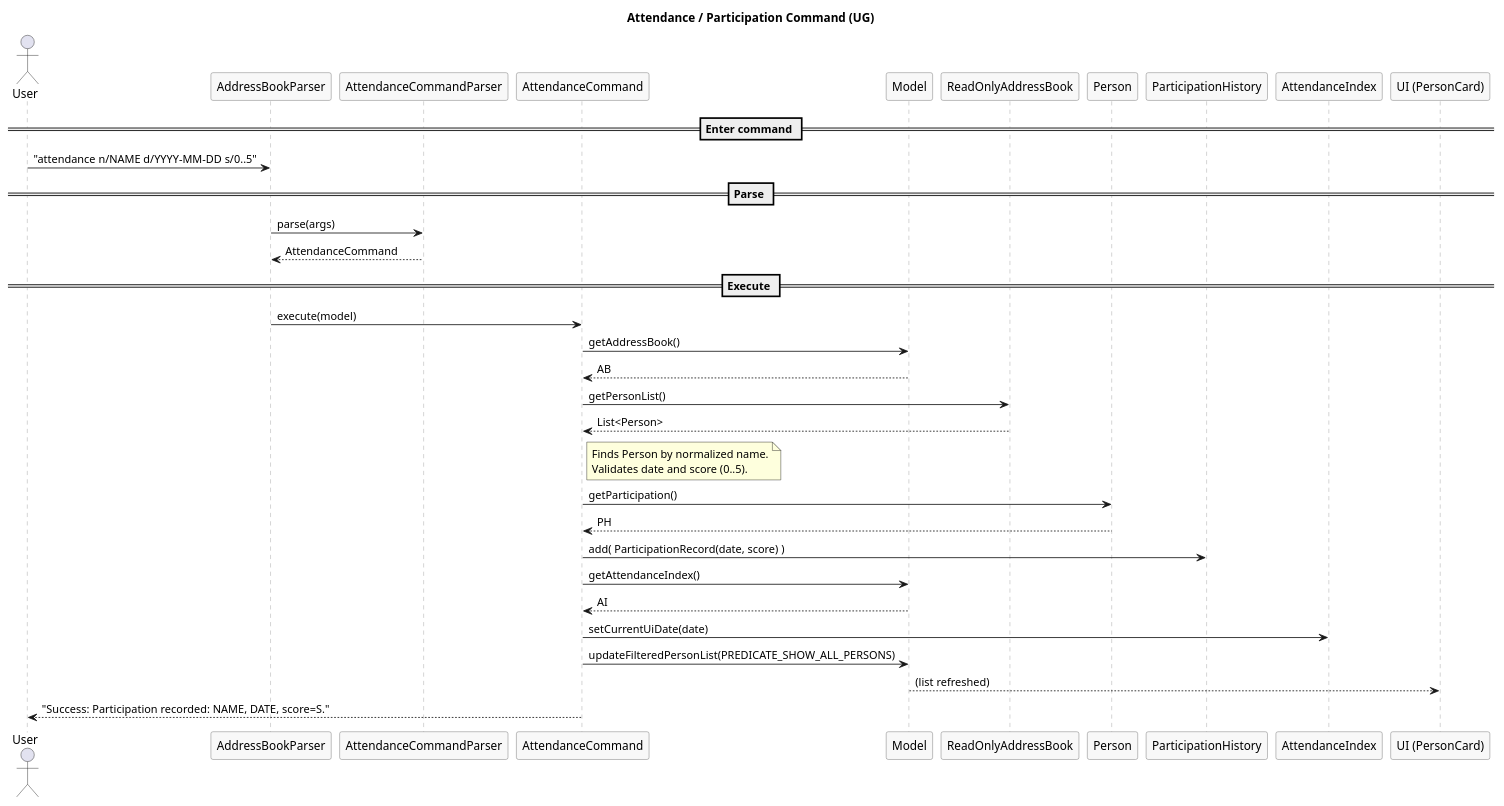
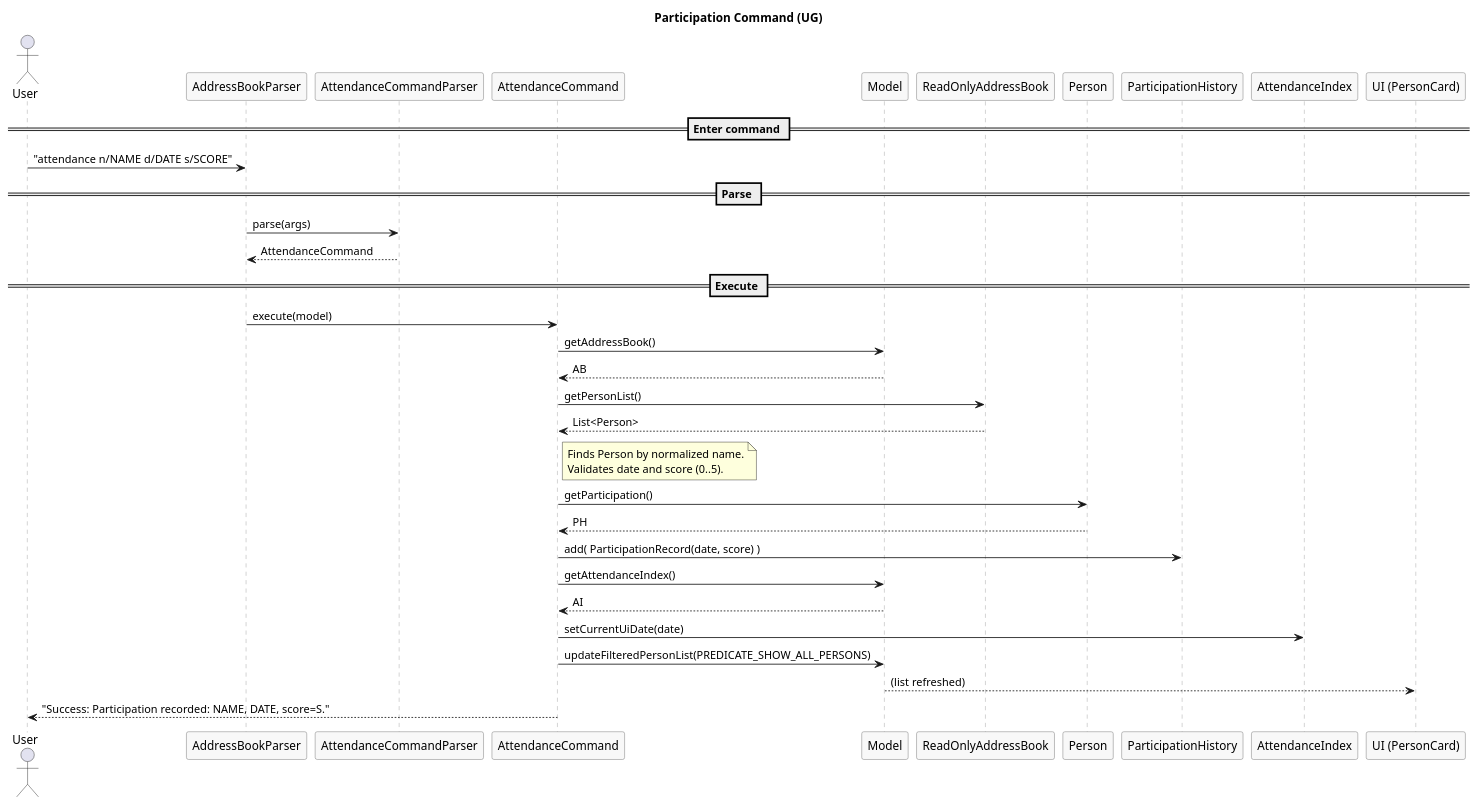
One commit to AY2526S1-CS2103T-F12-2/tp changed the diagram in diagrams/AttendanceCommand.puml. Above: the diagram before and after it, drawn with PlantUML. The commit also changed 32 other files, not shown here.

```diff
--- a/diagrams/AttendanceCommand.puml
+++ b/diagrams/AttendanceCommand.puml
@@ -1,56 +1,56 @@
 @startuml
-title Attendance / Participation Command (UG)
+title Participation Command (UG)
 
 skinparam sequence {
   ArrowThickness 1
   LifeLineBorderColor #999999
   ParticipantBorderColor #666666
   ParticipantBackgroundColor #f8f8f8
   BoxBorderColor #bbbbbb
 }
 
 actor User
 participant "AddressBookParser" as ABP
 participant "AttendanceCommandParser" as ACP
 participant "AttendanceCommand" as AC
 participant "Model" as M
 participant "ReadOnlyAddressBook" as AB
 participant "Person" as P
 participant "ParticipationHistory" as PH
 participant "AttendanceIndex" as AI
 participant "UI (PersonCard)" as UI
 
 == Enter command ==
-User -> ABP : "attendance n/NAME d/YYYY-MM-DD s/0..5"
+User -> ABP : "attendance n/NAME d/DATE s/SCORE"
 
 == Parse ==
 ABP -> ACP : parse(args)
 ACP --> ABP : AttendanceCommand
 
 == Execute ==
 ABP -> AC : execute(model)
 
 AC -> M : getAddressBook()
 M --> AC : AB
 AC -> AB : getPersonList()
 AB --> AC : List<Person>
 
 note right of AC
   Finds Person by normalized name.
   Validates date and score (0..5).
 end note
 
 AC -> P : getParticipation()
 P --> AC : PH
 AC -> PH : add( ParticipationRecord(date, score) )
 
 AC -> M : getAttendanceIndex()
 M --> AC : AI
 AC -> AI : setCurrentUiDate(date)
 
 AC -> M : updateFilteredPersonList(PREDICATE_SHOW_ALL_PERSONS)
 M --> UI : (list refreshed)
 
 AC --> User : "Success: Participation recorded: NAME, DATE, score=S."
 
 @enduml
```
